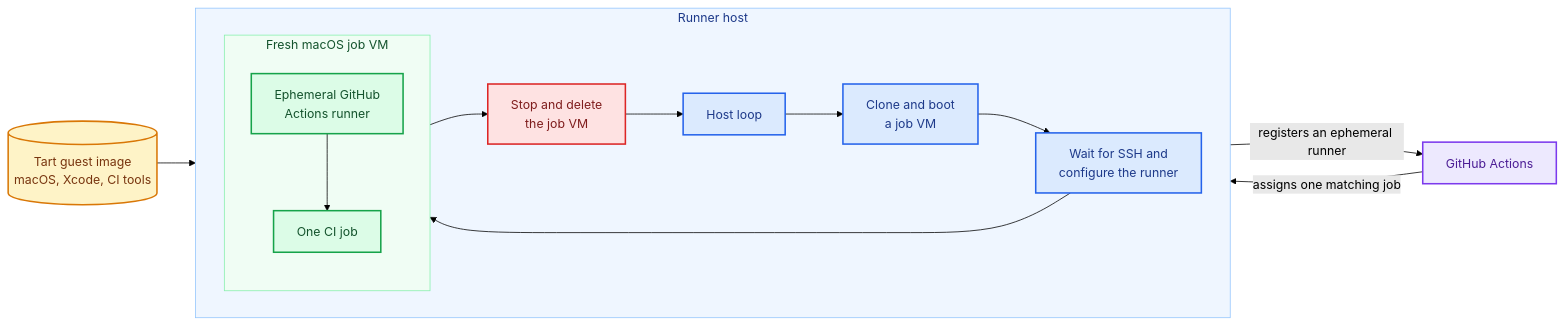
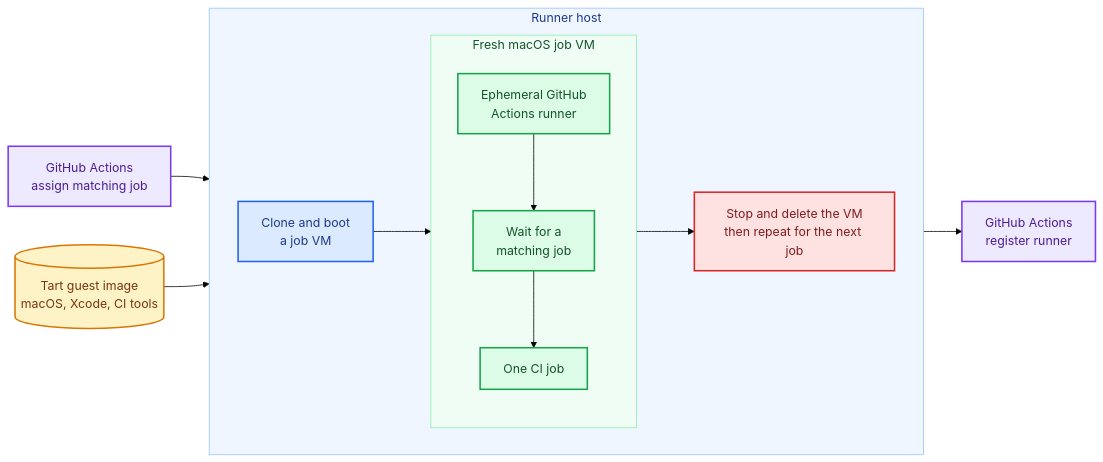
One commit to JanC/tartelette changed the diagram in README.md. Above: the diagram before and after it, drawn with Mermaid (forest theme).

Commit message:
Refine VM lifecycle diagram flow

````diff
--- a/README.md
+++ b/README.md
@@ -34,42 +34,43 @@
 ```mermaid
 flowchart LR
     Image[(Tart guest image<br/>macOS, Xcode, CI tools)]
 
     subgraph Host[Runner host]
         direction LR
-        Loop[Host loop]
         Clone[Clone and boot<br/>a job VM]
-        Connect[Wait for SSH and<br/>configure the runner]
-        Remove[Stop and delete<br/>the job VM]
 
         subgraph JobVM[Fresh macOS job VM]
             direction TB
             Runner[Ephemeral GitHub<br/>Actions runner]
+            Wait[Wait for a<br/>matching job]
             Job[One CI job]
-            Runner --> Job
+            Runner --> Wait --> Job
         end
 
-        Loop --> Clone --> Connect --> Runner
-        Job --> Remove --> Loop
+        Remove[Stop and delete the VM<br/>then repeat for the next job]
+
+        Clone --> Runner
+        Job --> Remove
     end
 
-    GitHub[GitHub Actions]
+    Registration[GitHub Actions<br/>register runner]
+    Assignment[GitHub Actions<br/>assign matching job]
 
     Image --> Host
-    Host -->|registers an ephemeral runner| GitHub
-    GitHub -->|assigns one matching job| Host
+    Runner --> Registration
+    Assignment --> Wait
 
     classDef image fill:#fef3c7,stroke:#d97706,color:#78350f,stroke-width:2px
     classDef host fill:#dbeafe,stroke:#2563eb,color:#1e3a8a,stroke-width:2px
     classDef guest fill:#dcfce7,stroke:#16a34a,color:#14532d,stroke-width:2px
     classDef github fill:#ede9fe,stroke:#7c3aed,color:#4c1d95,stroke-width:2px
     classDef cleanup fill:#fee2e2,stroke:#dc2626,color:#7f1d1d,stroke-width:2px
 
     class Image image
-    class Loop,Clone,Connect host
-    class Runner,Job guest
-    class GitHub github
+    class Clone host
+    class Runner,Wait,Job guest
+    class Registration,Assignment github
     class Remove cleanup
     style Host fill:#eff6ff,stroke:#93c5fd,color:#1e3a8a
     style JobVM fill:#f0fdf4,stroke:#86efac,color:#14532d
 ```
````
